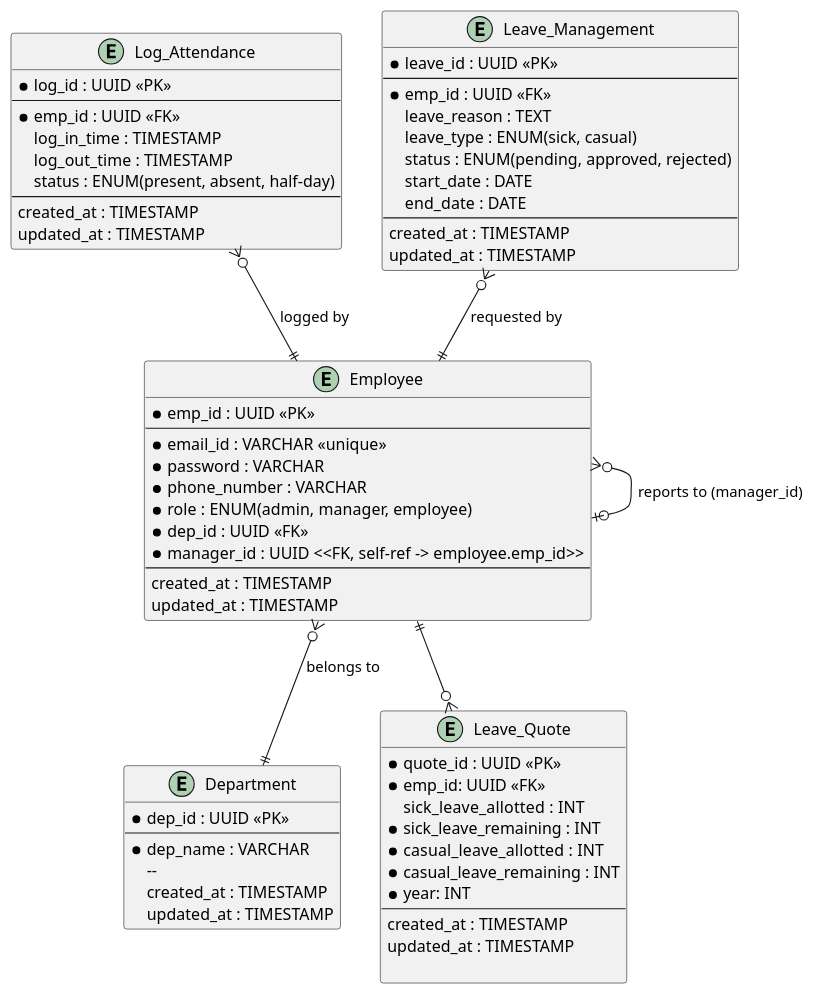
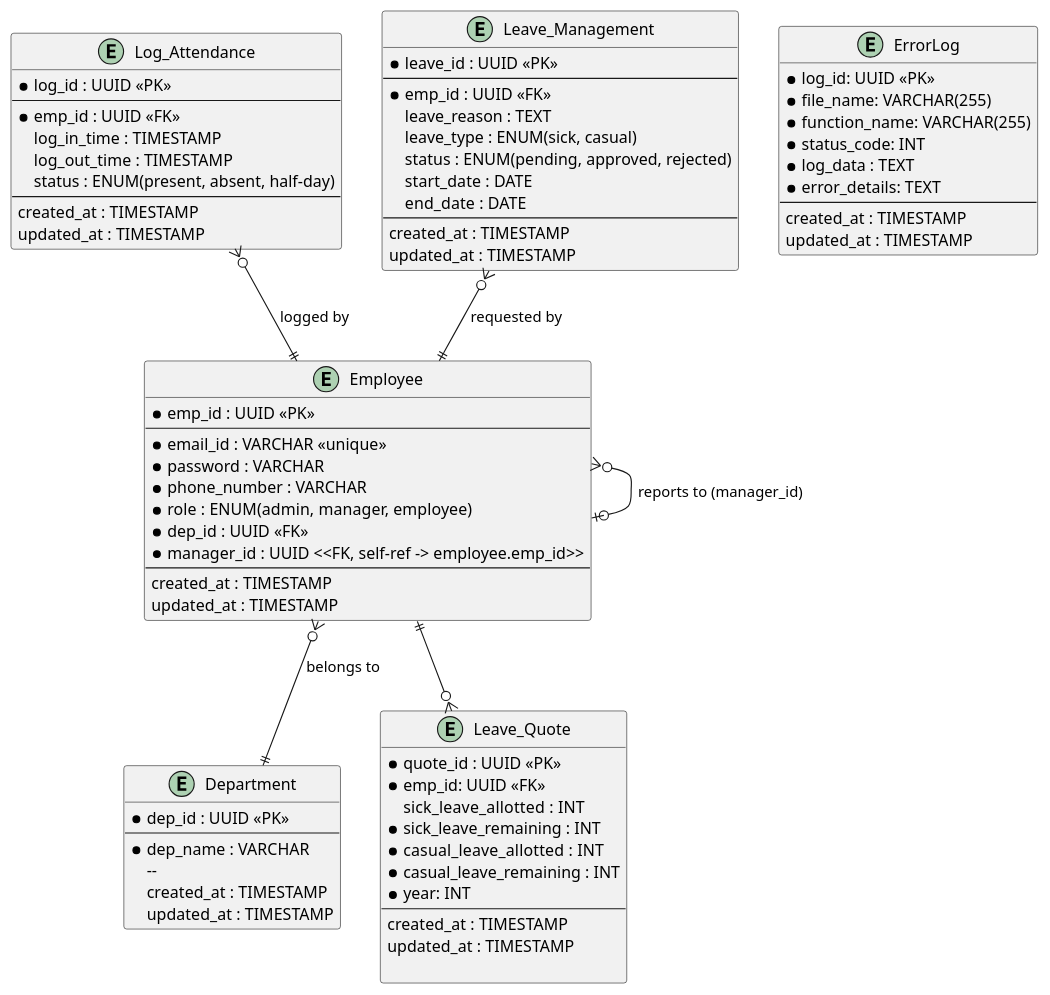
The diagram in api/attendance_system_er.puml (Yeshwanthraj25/employee-attendance-leave-api), drawn with PlantUML before and after one commit. The commit also changed 5 other files, not shown here.

```diff
--- a/api/attendance_system_er.puml
+++ b/api/attendance_system_er.puml
@@ -1,72 +1,83 @@
 @startuml Employee_Attendance_System_ER
 
 
 entity "Employee" as employee {
   * emp_id : UUID <<PK>>
   --
   * email_id : VARCHAR <<unique>>
   * password : VARCHAR
   * phone_number : VARCHAR
   * role : ENUM(admin, manager, employee)
   * dep_id : UUID <<FK>>
   *manager_id : UUID <<FK, self-ref -> employee.emp_id>>
   --
   created_at : TIMESTAMP
   updated_at : TIMESTAMP
 }
 
 entity "Log_Attendance" as attendance {
   * log_id : UUID <<PK>>
   --
   * emp_id : UUID <<FK>>
   log_in_time : TIMESTAMP
   log_out_time : TIMESTAMP
   status : ENUM(present, absent, half-day)
   --
   created_at : TIMESTAMP
   updated_at : TIMESTAMP
 }
 
 entity "Leave_Management" as leave {
   * leave_id : UUID <<PK>>
   --
   * emp_id : UUID <<FK>>
   leave_reason : TEXT
   leave_type : ENUM(sick, casual)
   status : ENUM(pending, approved, rejected)
   start_date : DATE
   end_date : DATE
   --
   created_at : TIMESTAMP
   updated_at : TIMESTAMP
 }
 
 entity "Department" as department {
   * dep_id : UUID <<PK>>
   --
   * dep_name : VARCHAR
     --
   created_at : TIMESTAMP
   updated_at : TIMESTAMP
 }
 entity "Leave_Quote" as Leave_quote{
   *quote_id : UUID <<PK>>
   *emp_id: UUID <<FK>>
   sick_leave_allotted  : INT
   *sick_leave_remaining : INT
   *casual_leave_allotted  : INT
   *casual_leave_remaining : INT
   *year: INT
   --
   created_at : TIMESTAMP
   updated_at : TIMESTAMP
 
 }
 
+entity "ErrorLog" as error_log{
+  *log_id: UUID <<PK>>
+  *file_name: VARCHAR(255)
+  *function_name: VARCHAR(255)
+  *status_code: INT 
+  *log_data : TEXT 
+  *error_details: TEXT
+  --
+  created_at : TIMESTAMP
+  updated_at : TIMESTAMP
+}
 employee }o--|| department : "belongs to"
 employee }o--o| employee : "reports to (manager_id)"
 attendance }o--|| employee : "logged by"
 leave }o--|| employee : "requested by"
 employee ||--o{ Leave_quote
 
 @enduml
```
